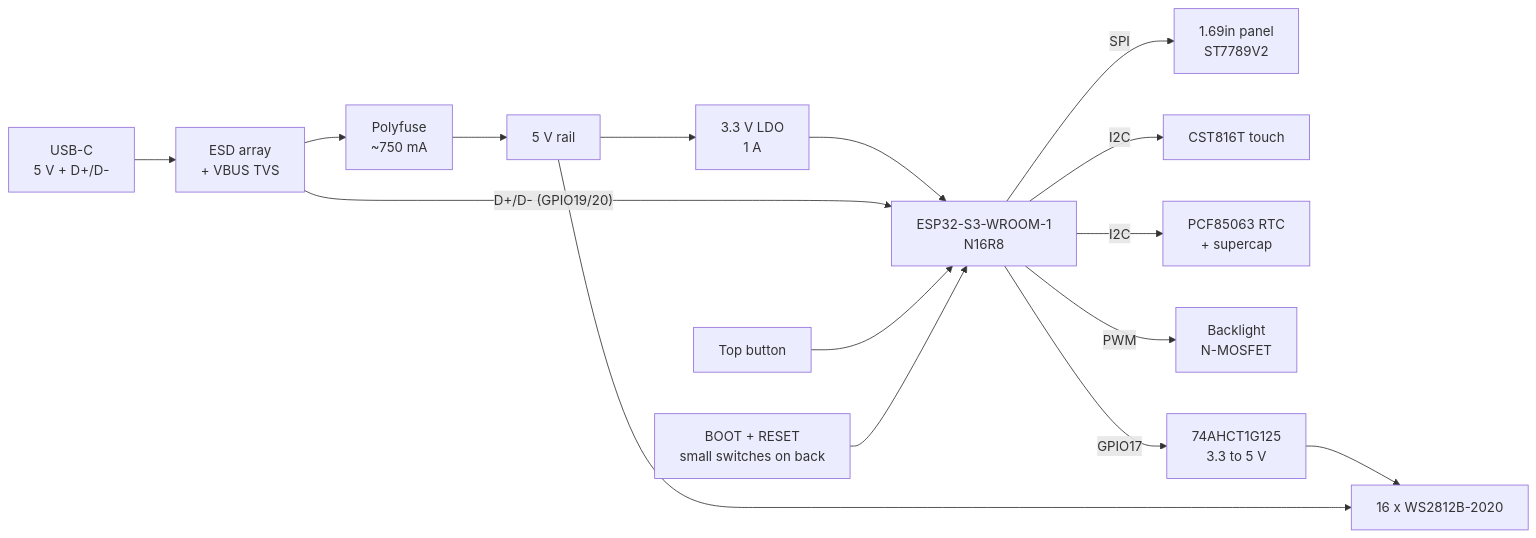
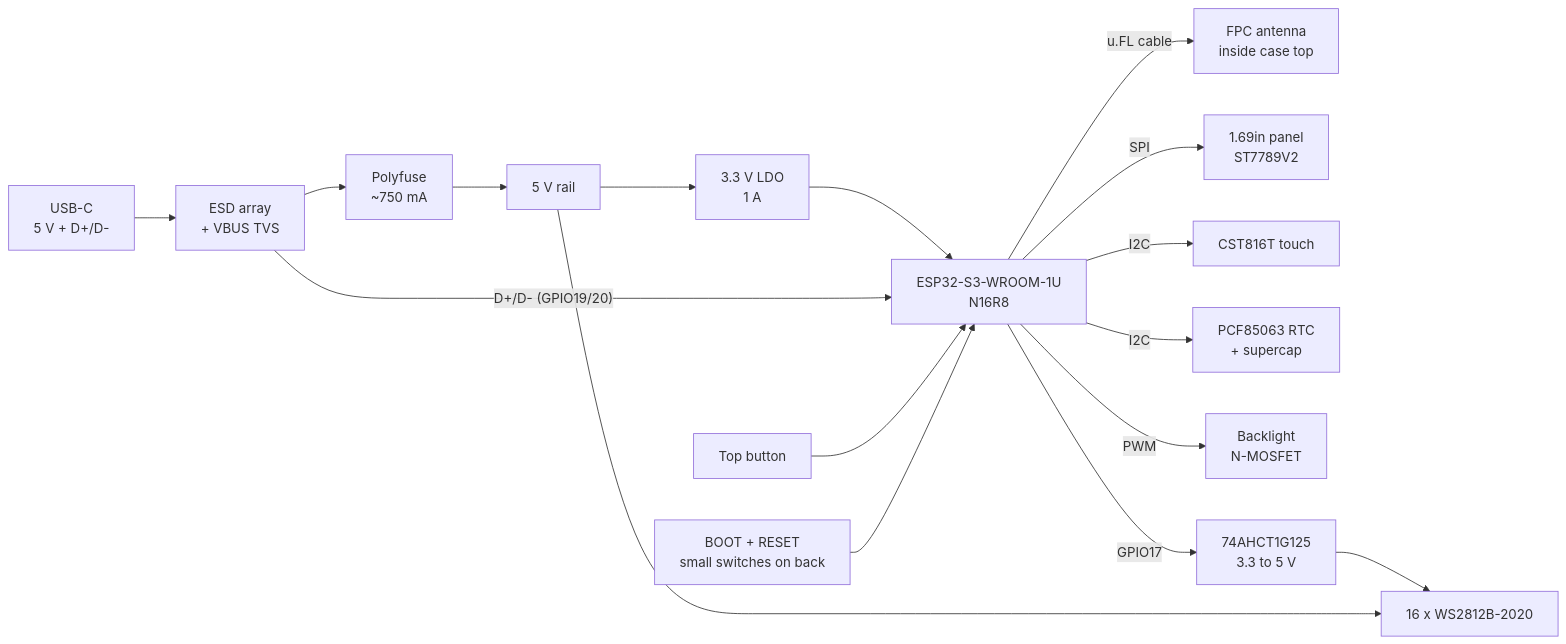
One commit to vancityactivist/bzzy changed the diagram in docs/hardware/main-board.md. Above: the diagram before and after it, drawn with Mermaid. The commit also changed other lines of this file, not shown here.

First line of the commit message:
Switch the spec to the WROOM-1U with an external antenna

````diff
--- a/docs/hardware/main-board.md
+++ b/docs/hardware/main-board.md
@@ -120,17 +128,18 @@
 ```mermaid
 flowchart LR
   USB[USB-C<br/>5 V + D+/D-] --> ESD[ESD array<br/>+ VBUS TVS]
   ESD --> F[Polyfuse<br/>~750 mA]
   F --> V5[5 V rail]
   V5 --> LDO[3.3 V LDO<br/>1 A]
-  LDO --> MOD[ESP32-S3-WROOM-1<br/>N16R8]
+  LDO --> MOD[ESP32-S3-WROOM-1U<br/>N16R8]
+  MOD -- u.FL cable --> ANT[FPC antenna<br/>inside case top]
   ESD -- "D+/D- (GPIO19/20)" --> MOD
   MOD -- SPI --> LCD[1.69in panel<br/>ST7789V2]
   MOD -- I2C --> TP[CST816T touch]
   MOD -- I2C --> RTC[PCF85063 RTC<br/>+ supercap]
   MOD -- PWM --> BL[Backlight<br/>N-MOSFET]
   MOD -- GPIO17 --> LS[74AHCT1G125<br/>3.3 to 5 V] --> LEDS[16 x WS2812B-2020]
   V5 --> LEDS
   SW[Top button] --> MOD
   BOOT[BOOT + RESET<br/>small switches on back] --> MOD
 ```
````
